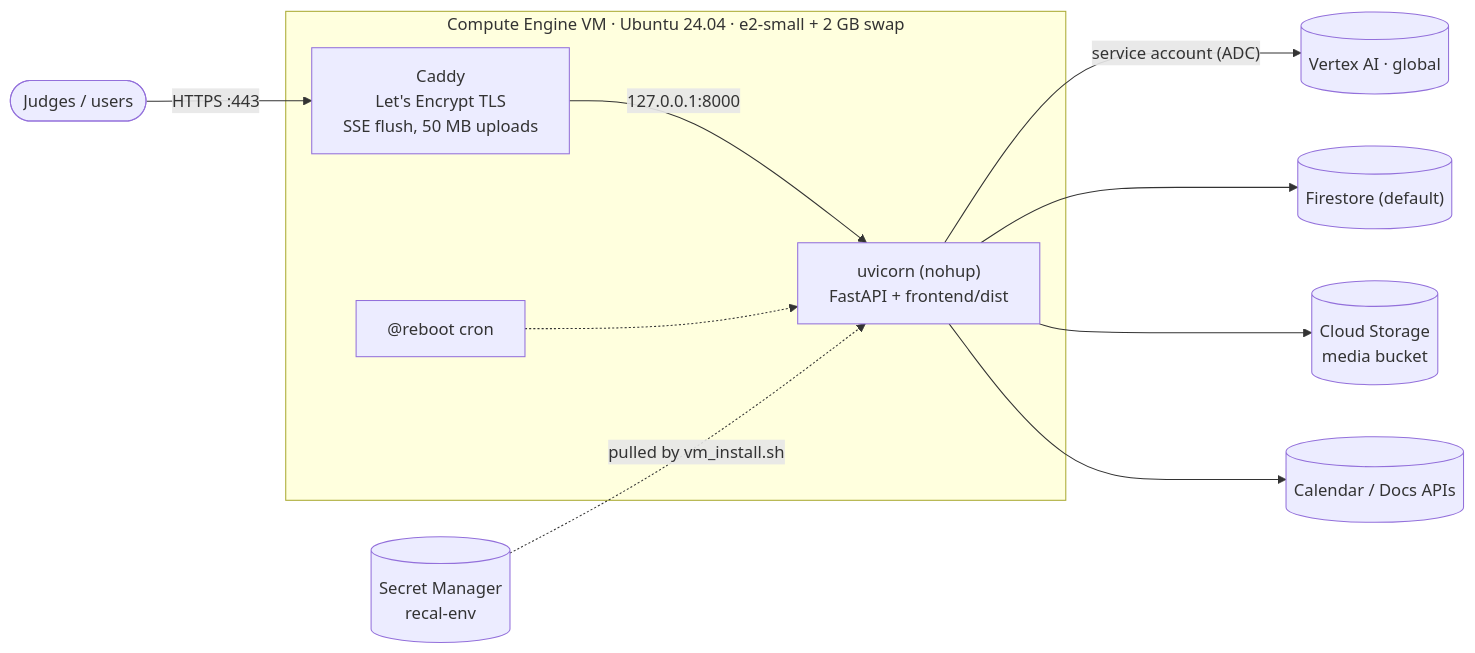
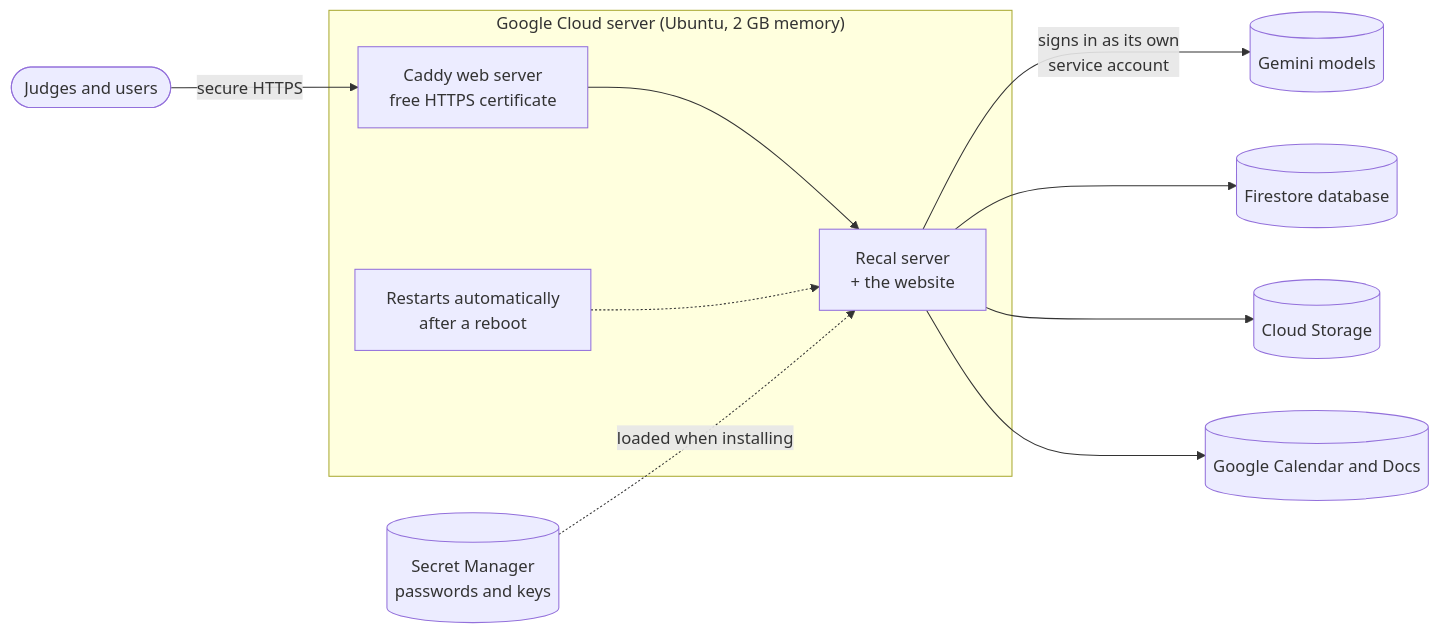
One commit to Chaitanya674/Recal-AI changed diagram 19 of 19 in docs/DOCUMENTATION.md. Above: the diagram before and after it, drawn with Mermaid. The commit also changed other lines of this file, not shown here.

````diff
--- a/docs/DOCUMENTATION.md
+++ b/docs/DOCUMENTATION.md
@@ -864,13 +852,13 @@
 ```mermaid
 flowchart LR
-    J(["Judges / users"]) -->|"HTTPS :443"| CAD
-    subgraph VM["Compute Engine VM · Ubuntu 24.04 · e2-small + 2 GB swap"]
-        CAD["Caddy<br/>Let's Encrypt TLS<br/>SSE flush, 50 MB uploads"] -->|"127.0.0.1:8000"| UV["uvicorn (nohup)<br/>FastAPI + frontend/dist"]
-        CRON["@reboot cron"] -.-> UV
+    USERS(["Judges and users"]) -->|"secure HTTPS"| WEB
+    subgraph SERVER["Google Cloud server (Ubuntu, 2 GB memory)"]
+        WEB["Caddy web server<br/>free HTTPS certificate"] --> APP["Recal server<br/>+ the website"]
+        BOOT["Restarts automatically<br/>after a reboot"] -.-> APP
     end
-    UV -->|"service account (ADC)"| VX[("Vertex AI · global")]
-    UV --> FS[("Firestore (default)")]
-    UV --> GCS[("Cloud Storage<br/>media bucket")]
-    SM[("Secret Manager<br/>recal-env")] -.->|"pulled by vm_install.sh"| UV
-    UV --> GAPI[("Calendar / Docs APIs")]
+    APP -->|"signs in as its own<br/>service account"| GEM[("Gemini models")]
+    APP --> DB[("Firestore database")]
+    APP --> FILES[("Cloud Storage")]
+    SEC[("Secret Manager<br/>passwords and keys")] -.->|"loaded when installing"| APP
+    APP --> GAPI[("Google Calendar and Docs")]
 ```
````
